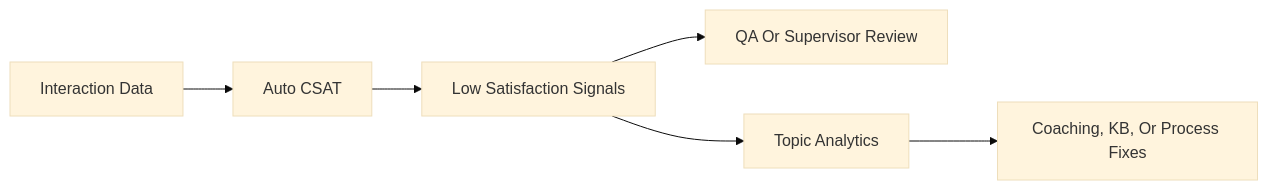
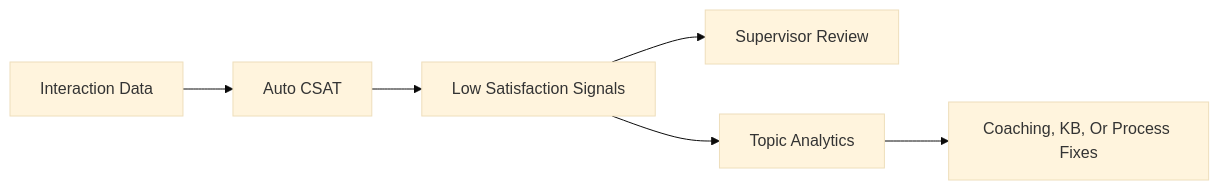
Before and after one commit to WebexSamples/webex-ai-agents: the sixth of 11 diagrams in AI_CookBook/ai-assist-benefits3.md, drawn with Mermaid (base theme). The commit also changed other lines of this file, not shown here.

````diff
--- a/AI_CookBook/ai-assist-benefits3.md
+++ b/AI_CookBook/ai-assist-benefits3.md
@@ -154,8 +153,8 @@
 ```mermaid
 flowchart LR
     Interaction[Interaction Data] --> AutoCSAT[Auto CSAT]
     AutoCSAT --> LowScore[Low Satisfaction Signals]
-    LowScore --> Review[QA Or Supervisor Review]
+    LowScore --> Review[Supervisor Review]
     LowScore --> Topics[Topic Analytics]
     Topics --> Fixes[Coaching, KB, Or Process Fixes]
 ```
````
